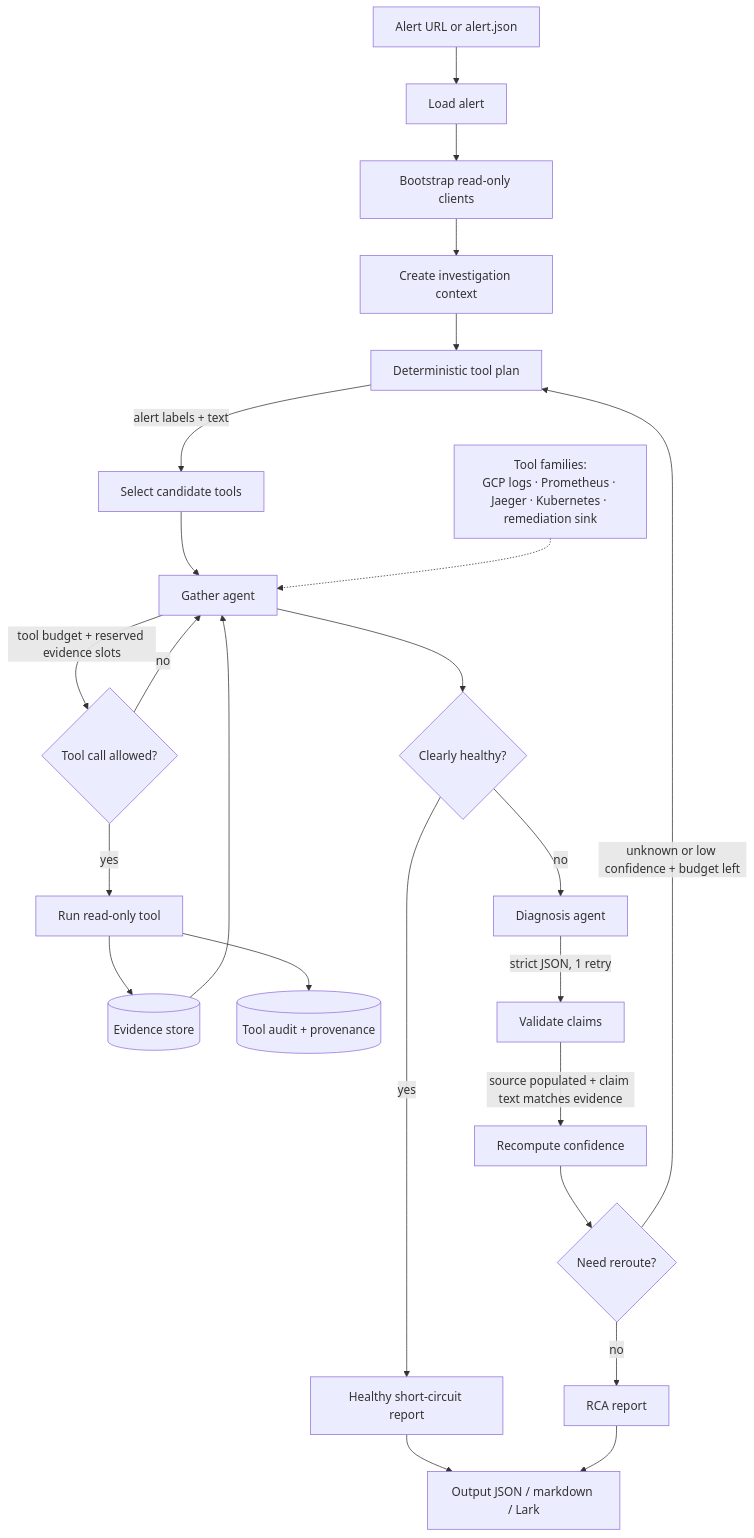
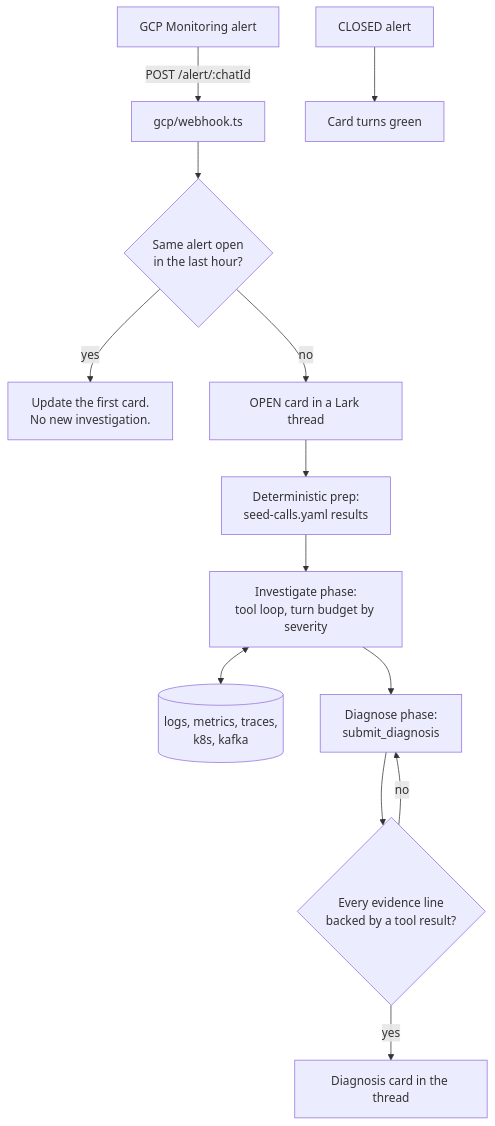
The first of 2 diagrams in README.md (polo871209/opsremedy), drawn with Mermaid before and after one commit. The commit also changed other lines of this file and 240 other files, not shown here.

````diff
--- a/README.md
+++ b/README.md
@@ -23,32 +24,15 @@
 ```mermaid
 flowchart TD
-    A[Alert URL or alert.json] --> B[Load alert]
-    B --> C[Bootstrap read-only clients]
-    C --> D[Create investigation context]
-
-    D --> E[Deterministic tool plan]
-    E -->|alert labels + text| F[Select candidate tools]
-    F --> G[Gather agent]
-
-    G -->|tool budget + reserved evidence slots| H{Tool call allowed?}
-    H -->|yes| I[Run read-only tool]
-    H -->|no| G
-    I --> J[(Evidence store)]
-    I --> K[(Tool audit + provenance)]
-    J --> G
-
-    G --> L{Clearly healthy?}
-    L -->|yes| M[Healthy short-circuit report]
-    L -->|no| N[Diagnosis agent]
-
-    N -->|strict JSON, 1 retry| O[Validate claims]
-    O -->|source populated + claim text matches evidence| P[Recompute confidence]
-    P --> Q{Need reroute?}
-    Q -->|unknown or low confidence + budget left| E
-    Q -->|no| R[RCA report]
-
-    M --> S[Output JSON / markdown / Lark]
-    R --> S
-
-    T[Tool families:<br/>GCP logs · Prometheus · Jaeger · Kubernetes · remediation sink] -.-> G
+  GCP[GCP Monitoring alert] -->|POST /alert/:chatId| WH[gcp/webhook.ts]
+  WH --> FLAP{Same alert open<br/>in the last hour?}
+  FLAP -->|yes| PATCH[Update the first card.<br/>No new investigation.]
+  FLAP -->|no| CARD[OPEN card in a Lark thread]
+  CARD --> PRE[Deterministic prep:<br/>seed-calls.yaml results]
+  PRE --> INV[Investigate phase:<br/>tool loop, turn budget by severity]
+  INV <--> TOOLS[(logs, metrics, traces,<br/>k8s, kafka)]
+  INV --> DIAG[Diagnose phase:<br/>submit_diagnosis]
+  DIAG --> GATE{Every evidence line<br/>backed by a tool result?}
+  GATE -->|no| DIAG
+  GATE -->|yes| OUT[Diagnosis card in the thread]
+  CLOSED[CLOSED alert] --> GREEN[Card turns green]
 ```
````
